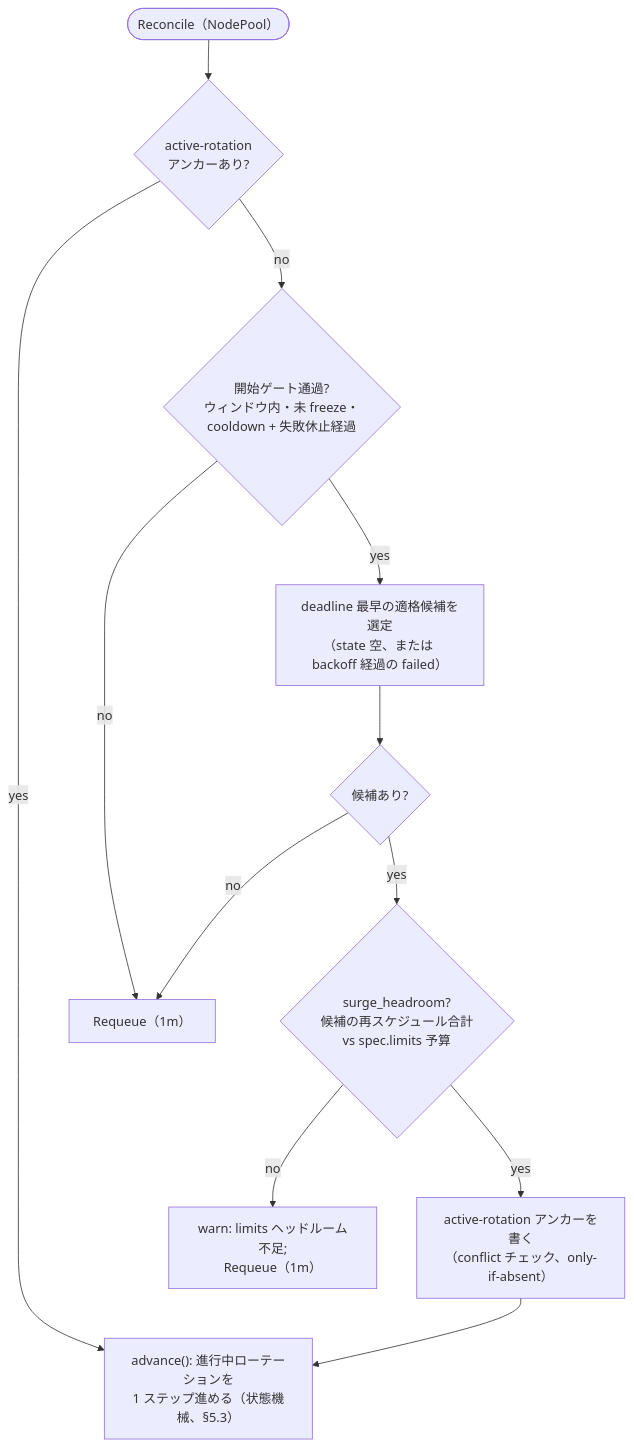
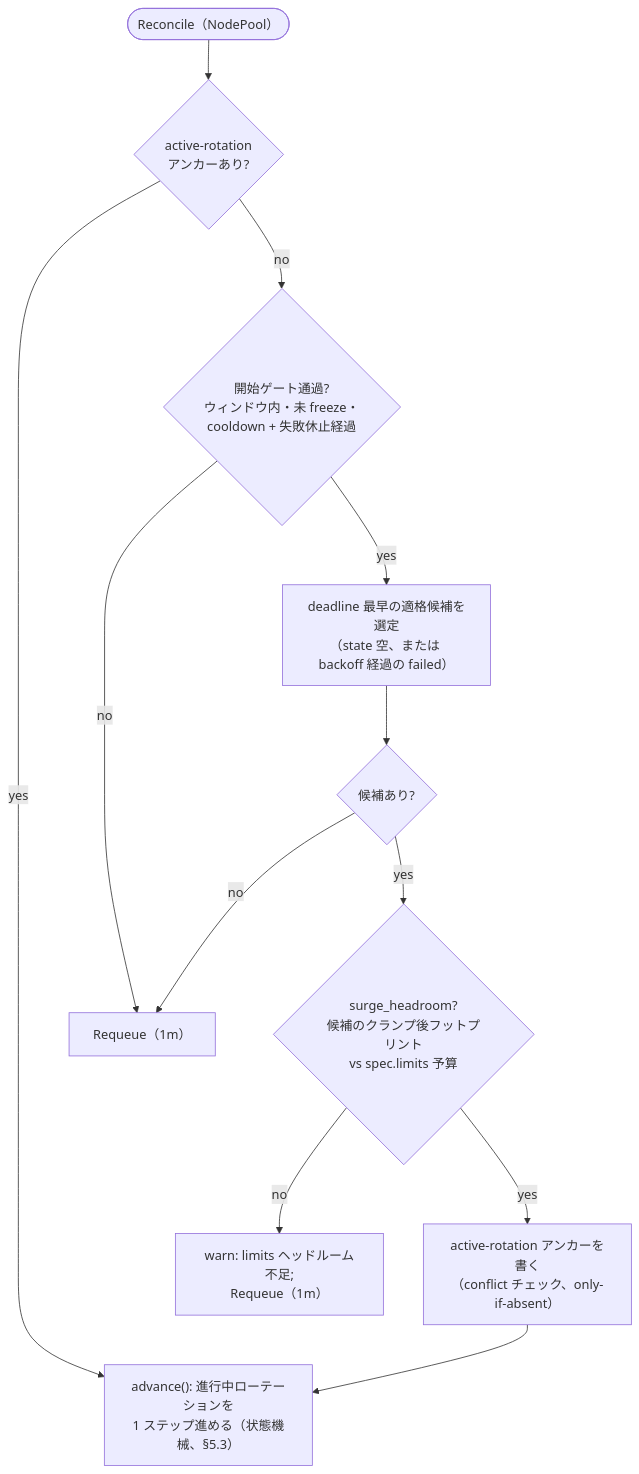
The second of 3 diagrams in docs/ja/specification/05-implementation.md (AkashiSN/node-rotation-controller), drawn with Mermaid before and after one commit. The commit also changed other lines of this file and 11 other files, not shown here.

````diff
--- a/docs/ja/specification/05-implementation.md
+++ b/docs/ja/specification/05-implementation.md
@@ -40,14 +40,14 @@
 ```mermaid
 flowchart TD
     entry(["Reconcile（NodePool）"]) --> q1{"active-rotation<br/>アンカーあり?"}
     q1 -->|yes| adv["advance(): 進行中ローテーションを<br/>1 ステップ進める（状態機械、§5.3）"]
     q1 -->|no| q2{"開始ゲート通過?<br/>ウィンドウ内・未 freeze・<br/>cooldown + 失敗休止経過"}
     q2 -->|no| rq["Requeue（1m）"]
     q2 -->|yes| pick["deadline 最早の適格候補を選定<br/>（state 空、または backoff 経過の failed）"]
     pick --> q3{"候補あり?"}
     q3 -->|no| rq
-    q3 -->|yes| q4{"surge_headroom?<br/>候補の再スケジュール合計<br/>vs spec.limits 予算"}
+    q3 -->|yes| q4{"surge_headroom?<br/>候補のクランプ後フットプリント<br/>vs spec.limits 予算"}
     q4 -->|no| warn["warn: limits ヘッドルーム不足;<br/>Requeue（1m）"]
     q4 -->|yes| anchor["active-rotation アンカーを書く<br/>（conflict チェック、only-if-absent）"]
     anchor --> adv
 ```
````
